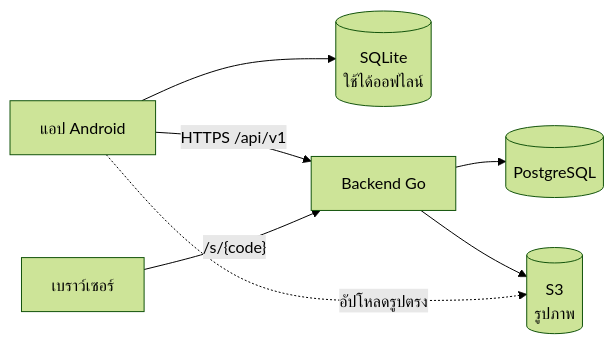
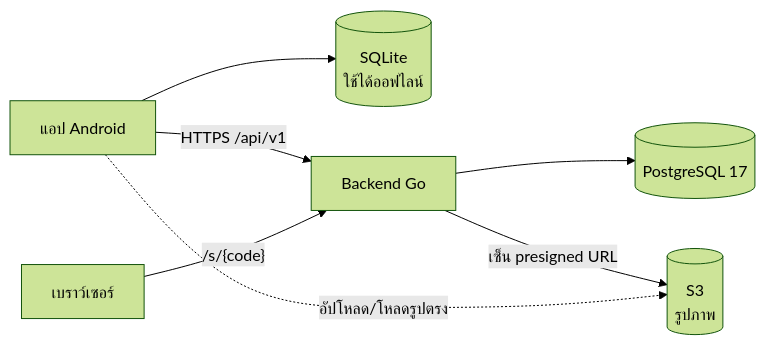
Before and after one commit to suphanatchanlek30/RunTrail: the first of 2 diagrams in docs/ARCHITECTURE.md, drawn with Mermaid (forest theme). The commit also changed other lines of this file and 7 other files, not shown here.

````diff
--- a/docs/ARCHITECTURE.md
+++ b/docs/ARCHITECTURE.md
@@ -13,9 +13,9 @@
 ```mermaid
 flowchart LR
     App["แอป Android"] --> Local[("SQLite<br/>ใช้ได้ออฟไลน์")]
     App -- "HTTPS /api/v1" --> API["Backend Go"]
-    API --> PG[("PostgreSQL")]
-    API --> S3[("S3<br/>รูปภาพ")]
-    App -. "อัปโหลดรูปตรง" .-> S3
+    API --> PG[("PostgreSQL 17")]
+    API -- "เซ็น presigned URL" --> S3[("S3<br/>รูปภาพ")]
+    App -. "อัปโหลด/โหลดรูปตรง" .-> S3
     Web["เบราว์เซอร์"] -- "/s/{code}" --> API
 ```
````
